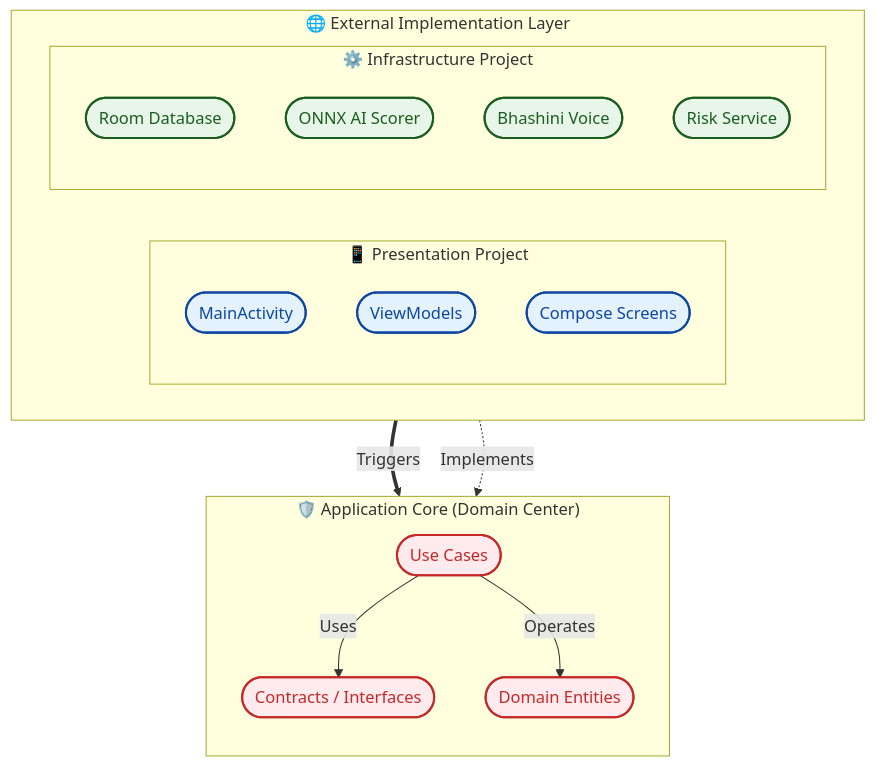
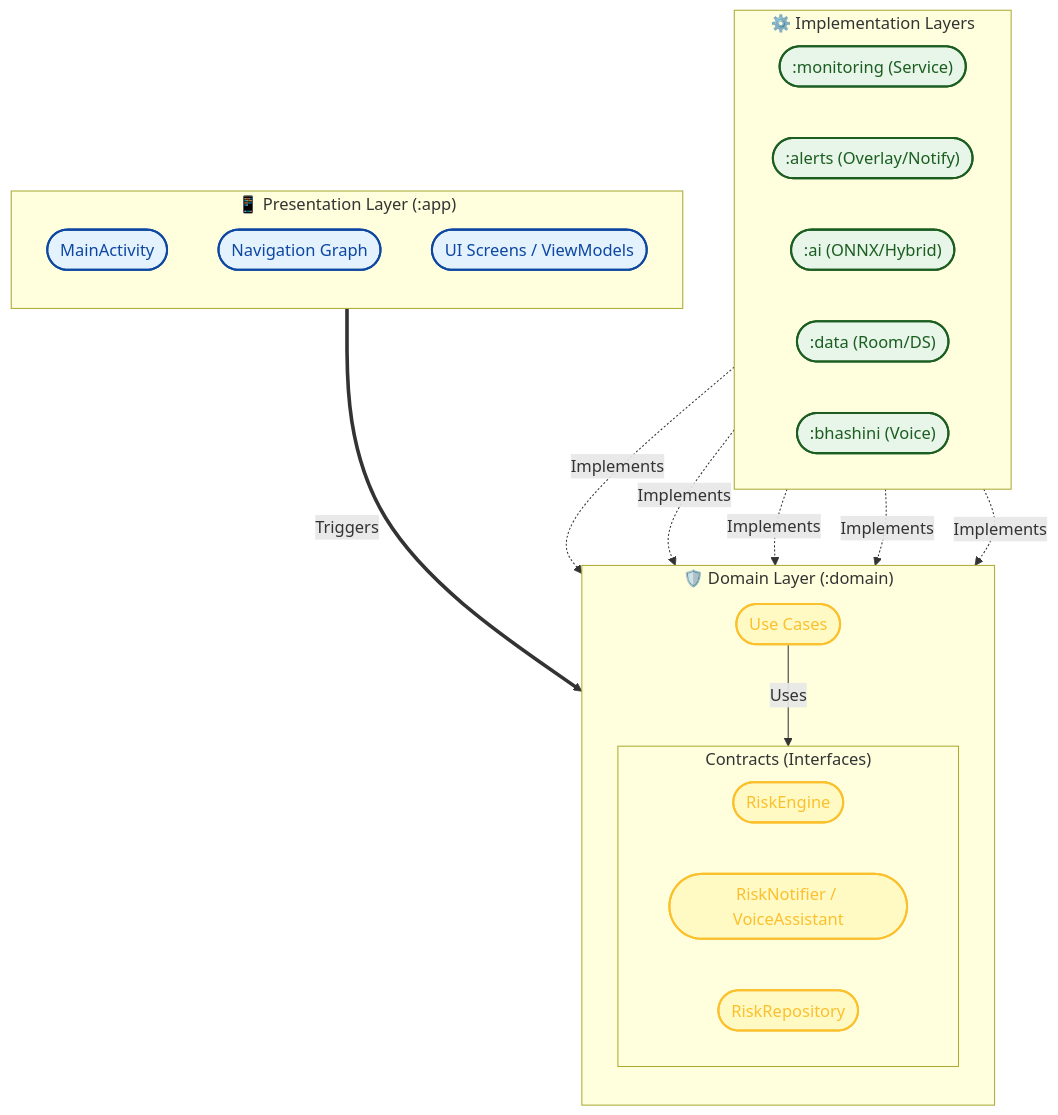
The diagram in README.md (kgp134134-sys/GramKavach-CyberShield), drawn with Mermaid before and after one commit. The commit also changed other lines of this file and 9 other files, not shown here.

Commit message:
Refactor: Implement Detailed Clean Architecture & Sanskriti UI. Updated Domain purity, Hybrid AI, Resilient Voice, and Premium Dashboard with Rangoli background.

````diff
--- a/README.md
+++ b/README.md
@@ -86,42 +86,51 @@
 ```mermaid
 flowchart TD
-    subgraph External ["🌐 External Implementation Layer"]
-        direction LR
-        subgraph UI ["📱 Presentation Project"]
-            direction TB
-            MA(["MainActivity"])
-            VM(["ViewModels"])
-            Screens(["Compose Screens"])
-        end
-
-        subgraph Infra ["⚙️ Infrastructure Project"]
-            direction TB
-            DB(["Room Database"])
-            AI(["ONNX AI Scorer"])
-            Voice(["Bhashini Voice"])
-            Monitor(["Risk Service"])
-        end
+    subgraph UI ["📱 Presentation Layer (:app)"]
+        direction TB
+        MA(["MainActivity"])
+        Nav(["Navigation Graph"])
+        Screens(["UI Screens / ViewModels"])
     end
 
-    subgraph Core ["🛡️ Application Core (Domain Center)"]
+    subgraph Core ["🛡️ Domain Layer (:domain)"]
         direction TB
         UC(["Use Cases"])
-        Intf(["Contracts / Interfaces"])
-        Model(["Domain Entities"])
+        
+        subgraph Intf ["Contracts (Interfaces)"]
+            direction LR
+            ScIntf(["RiskEngine"])
+            NtIntf(["RiskNotifier / VoiceAssistant"])
+            RpIntf(["RiskRepository"])
+        end
+        
+        UC -->|Uses| Intf
     end
 
-    %% Flow with meaningful labels
+    subgraph Implementation ["⚙️ Implementation Layers"]
+        direction LR
+        Mon([":monitoring (Service)"])
+        Alrt([":alerts (Overlay/Notify)"])
+        AI_mod([":ai (ONNX/Hybrid)"])
+        Data_mod([":data (Room/DS)"])
+        Voice_mod([":bhashini (Voice)"])
+    end
+
+    %% Dependency Flow (Clean Architecture Rules)
     UI ==>|Triggers| UC
-    Infra -.->|Implements| Intf
-    UC -->|Uses| Intf
-    UC -->|Operates| Model
+    
+    %% Implementation Layer implements Domain Contracts
+    Mon -.->|Implements| RpIntf
+    Alrt -.->|Implements| NtIntf
+    AI_mod -.->|Implements| ScIntf
+    Data_mod -.->|Implements| RpIntf
+    Voice_mod -.->|Implements| NtIntf
 
-    %% Styling for Premium Look
+    %% Styling: Sanskriti Palette
     classDef ui fill:#E3F2FD,stroke:#0D47A1,stroke-width:2px,color:#0D47A1
+    classDef domain fill:#FFF9C4,stroke:#FBC02D,stroke-width:2px,color:#FBC02D
     classDef infra fill:#E8F5E9,stroke:#1B5E20,stroke-width:2px,color:#1B5E20
-    classDef domain fill:#FFEBEE,stroke:#C62828,stroke-width:2px,color:#C62828
     
-    class MA,VM,Screens ui
-    class DB,AI,Voice,Monitor infra
-    class UC,Intf,Model domain
+    class MA,Nav,Screens ui
+    class UC,ScIntf,NtIntf,RpIntf domain
+    class Mon,Alrt,AI_mod,Data_mod,Voice_mod infra
 ```
````
